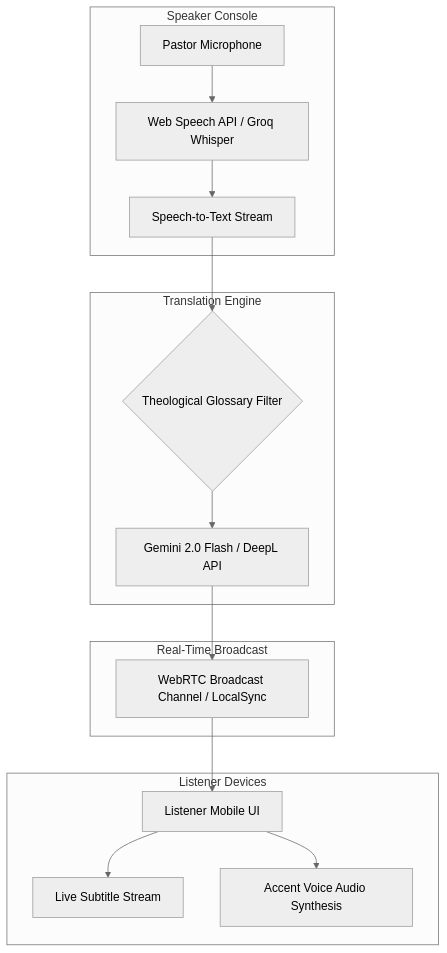
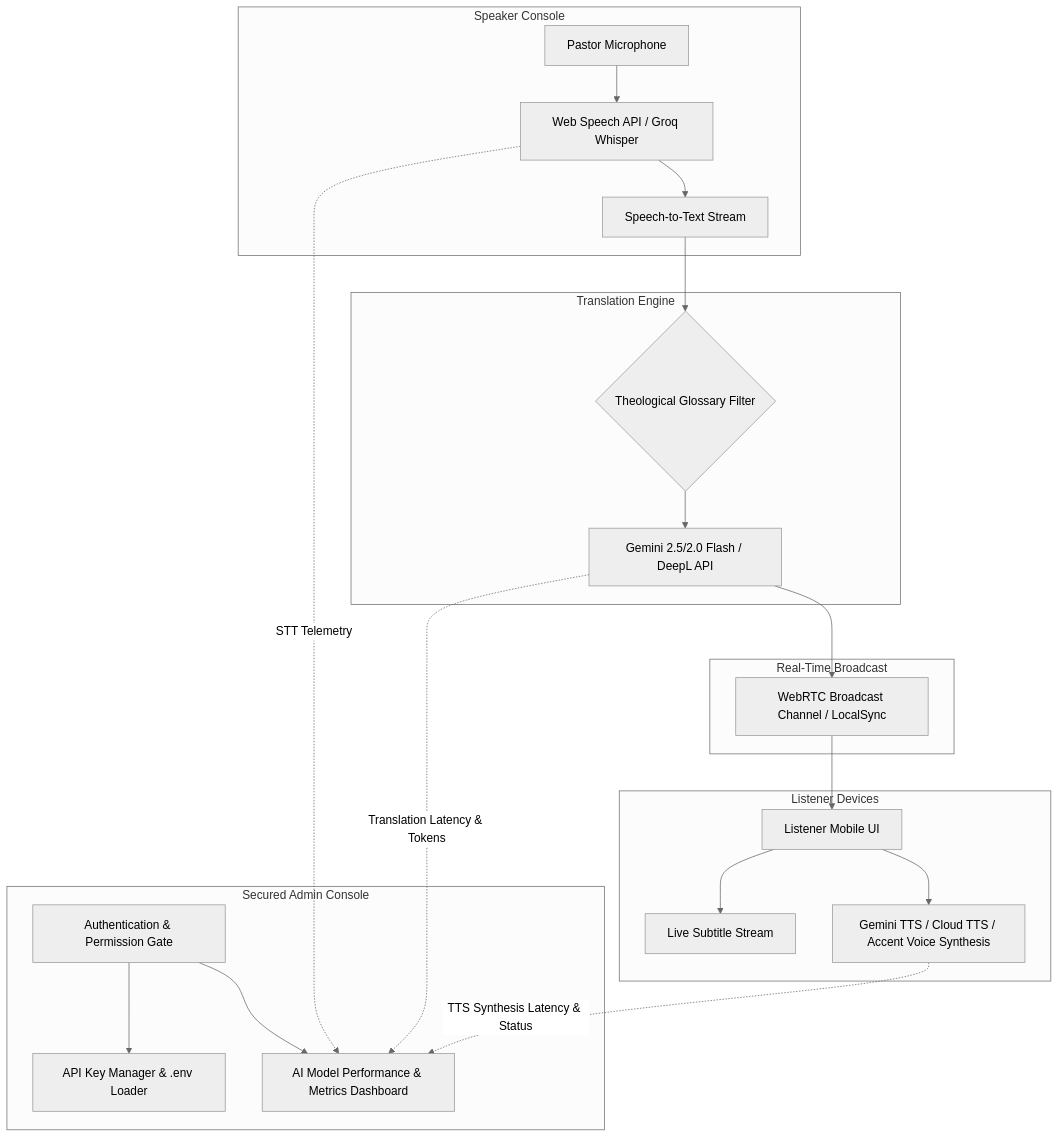
One commit to tenken127/SermonTranslator changed the diagram in README.md. Above: the diagram before and after it, drawn with Mermaid (neutral theme). The commit also changed other lines of this file and 1 other file, not shown here.

````diff
--- a/README.md
+++ b/README.md
@@ -29,22 +35,30 @@
 ```mermaid
 flowchart TD
     subgraph Speaker Console
         A[Pastor Microphone] --> B[Web Speech API / Groq Whisper]
         B --> C[Speech-to-Text Stream]
     end
 
     subgraph Translation Engine
         C --> D{Theological Glossary Filter}
-        D --> E[Gemini 2.0 Flash / DeepL API]
+        D --> E[Gemini 2.5/2.0 Flash / DeepL API]
     end
 
     subgraph Real-Time Broadcast
         E --> F[WebRTC Broadcast Channel / LocalSync]
     end
 
     subgraph Listener Devices
         F --> G[Listener Mobile UI]
         G --> H1[Live Subtitle Stream]
-        G --> H2[Accent Voice Audio Synthesis]
+        G --> H2[Gemini TTS / Cloud TTS / Accent Voice Synthesis]
+    end
+
+    subgraph Secured Admin Console
+        Auth[Authentication & Permission Gate] --> Keys[API Key Manager & .env Loader]
+        Auth --> Perf[AI Model Performance & Metrics Dashboard]
+        B -.->|STT Telemetry| Perf
+        E -.->|Translation Latency & Tokens| Perf
+        H2 -.->|TTS Synthesis Latency & Status| Perf
     end
 ```
````
